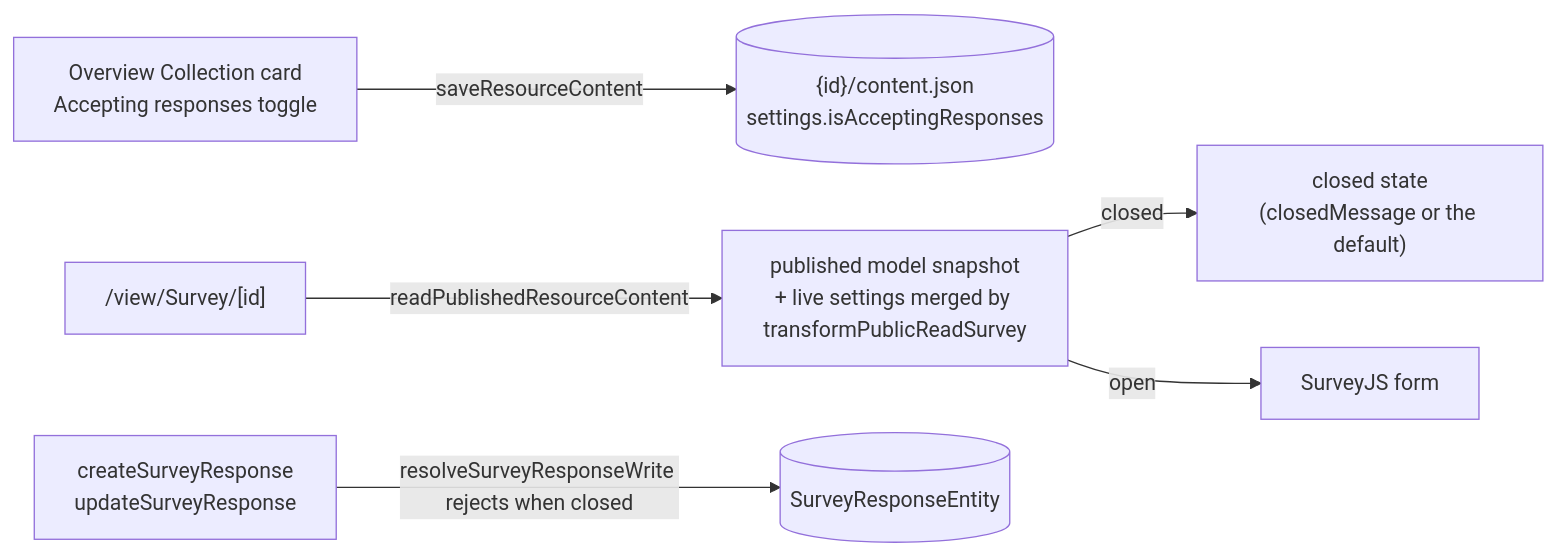
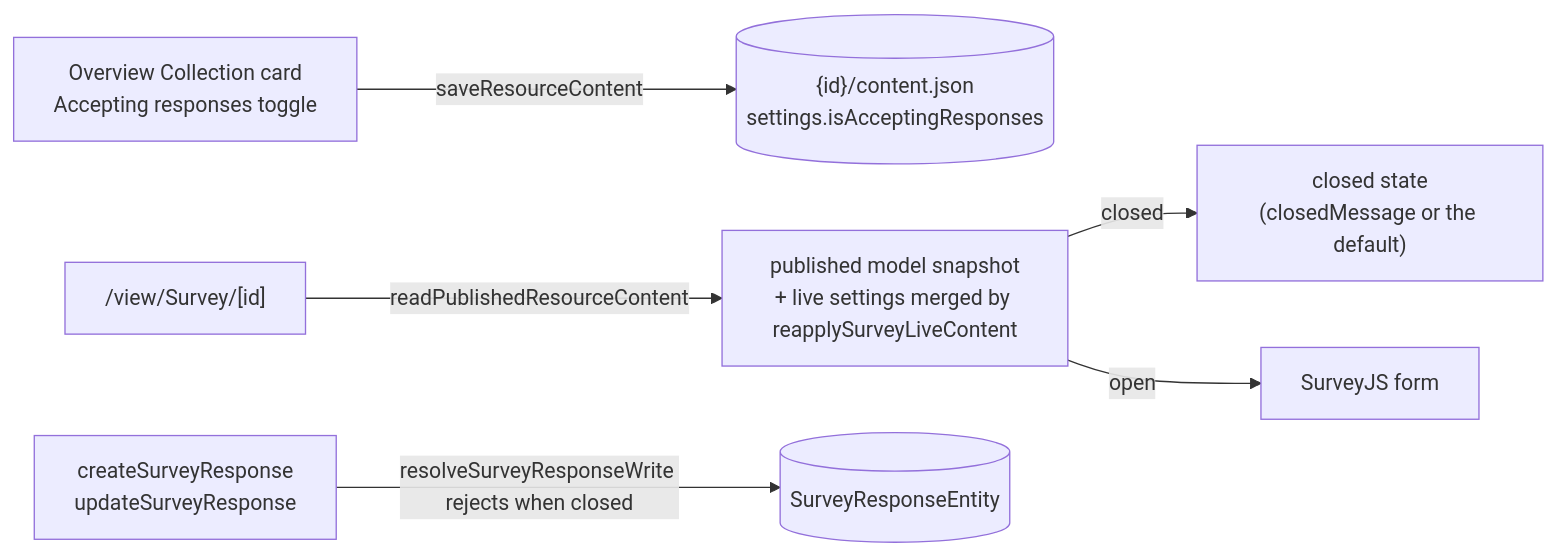
Before and after one commit to Esposter/Esposter: the diagram in packages/app/content/docs/platform/survey-response-controls.md, drawn with Mermaid. The commit also changed other lines of this file and 12 other files, not shown here.

````diff
--- a/packages/app/content/docs/platform/survey-response-controls.md
+++ b/packages/app/content/docs/platform/survey-response-controls.md
@@ -14,8 +14,8 @@
 ```mermaid
 flowchart LR
   OV["Overview Collection card<br/>Accepting responses toggle"] -->|saveResourceContent| BLOB[("{id}/content.json<br/>settings.isAcceptingResponses")]
-  RESP["/view/Survey/[id]"] -->|readPublishedResourceContent| MERGED["published model snapshot<br/>+ live settings merged by transformPublicReadSurvey"]
+  RESP["/view/Survey/[id]"] -->|readPublishedResourceContent| MERGED["published model snapshot<br/>+ live settings merged by reapplySurveyLiveContent"]
   MERGED -->|closed| MSG["closed state<br/>(closedMessage or the default)"]
   MERGED -->|open| FORM["SurveyJS form"]
   SUBMIT["createSurveyResponse<br/>updateSurveyResponse"] -->|"resolveSurveyResponseWrite rejects when closed"| AT[("SurveyResponseEntity")]
 ```
````
